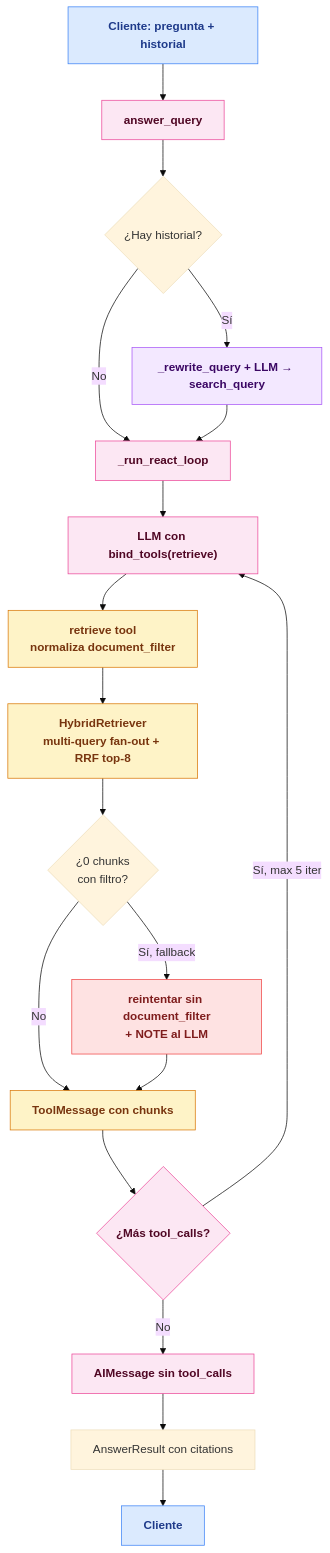
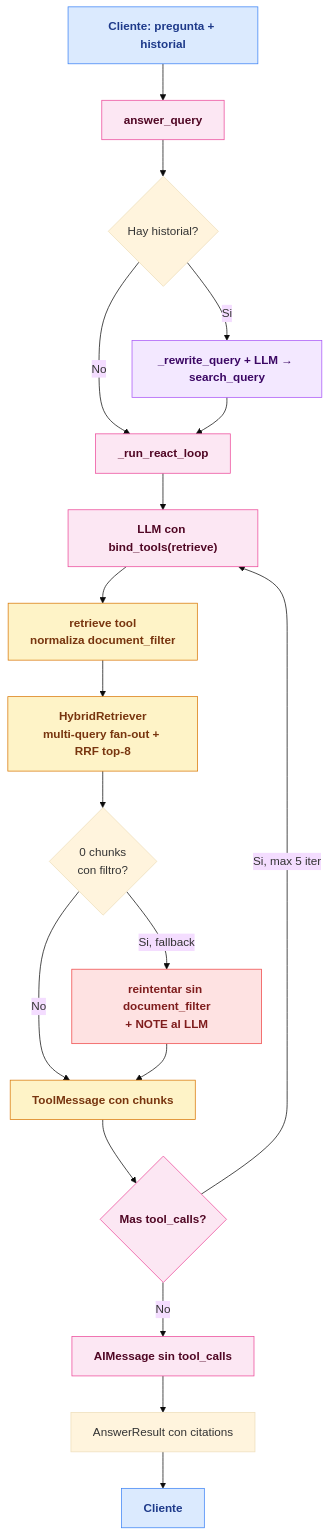
Before and after one commit to lambdaloopers/papers-and-car-manuals-rag: the sixth of 9 diagrams in ARCHITECTURE.md, drawn with Mermaid. The commit also changed other lines of this file and 2 other files, not shown here.

Commit message:
Refactor architecture documentation for clarity and consistency. Update section titles to English and enhance descriptions of ingestion and retrieval processes. Remove outdated groundedness evaluation documentation as it is no longer needed.

````diff
--- a/ARCHITECTURE.md
+++ b/ARCHITECTURE.md
@@ -294,30 +215,30 @@
 ```mermaid
 %%{init: {'theme': 'base', 'securityLevel': 'loose', 'flowchart': {'htmlLabels': true}}}%%
 flowchart TD
     classDef client    fill:#DBEAFE,stroke:#3B82F6,color:#1E3A8A,font-weight:bold
     classDef chain     fill:#FCE7F3,stroke:#EC4899,color:#500724,font-weight:bold
     classDef retrieval fill:#FEF3C7,stroke:#D97706,color:#78350F,font-weight:bold
     classDef llm       fill:#F3E8FF,stroke:#A855F7,color:#3B0764,font-weight:bold
     classDef fallback  fill:#FEE2E2,stroke:#EF4444,color:#7F1D1D,font-weight:bold
 
     Q["Cliente: pregunta + historial"]:::client --> ANSWER
-    ANSWER["answer_query"]:::chain --> OPT{¿Hay historial?}
-    OPT -->|Sí| REWRITE["_rewrite_query + LLM → search_query"]:::chain
+    ANSWER["answer_query"]:::chain --> OPT{Hay historial?}
+    OPT -->|Si| REWRITE["_rewrite_query + LLM → search_query"]:::chain
     OPT -->|No| LOOP
     REWRITE --> LOOP["_run_react_loop"]
     LOOP --> BIND["LLM con bind_tools(retrieve)"]
     BIND --> TOOL["retrieve tool<br/>normaliza document_filter"]:::retrieval
     TOOL --> HYBRID["HybridRetriever<br/>multi-query fan-out + RRF top-8"]:::retrieval
-    HYBRID --> ZERO{¿0 chunks<br/>con filtro?}
+    HYBRID --> ZERO{0 chunks<br/>con filtro?}
     ZERO -->|No| MSG["ToolMessage con chunks"]:::retrieval
-    ZERO -->|Sí, fallback| RETRY["reintentar sin document_filter<br/>+ NOTE al LLM"]:::fallback
+    ZERO -->|Si, fallback| RETRY["reintentar sin document_filter<br/>+ NOTE al LLM"]:::fallback
     RETRY --> MSG
-    MSG --> CHECK{¿Más tool_calls?}
-    CHECK -->|Sí, max 5 iter| BIND
+    MSG --> CHECK{Mas tool_calls?}
+    CHECK -->|Si, max 5 iter| BIND
     CHECK -->|No| FIN["AIMessage sin tool_calls"]
     FIN --> OUT["AnswerResult con citations"]
     OUT --> CLIENT["Cliente"]:::client
 
     class LOOP,BIND,CHECK,FIN chain
     class REWRITE llm
 ```
````
